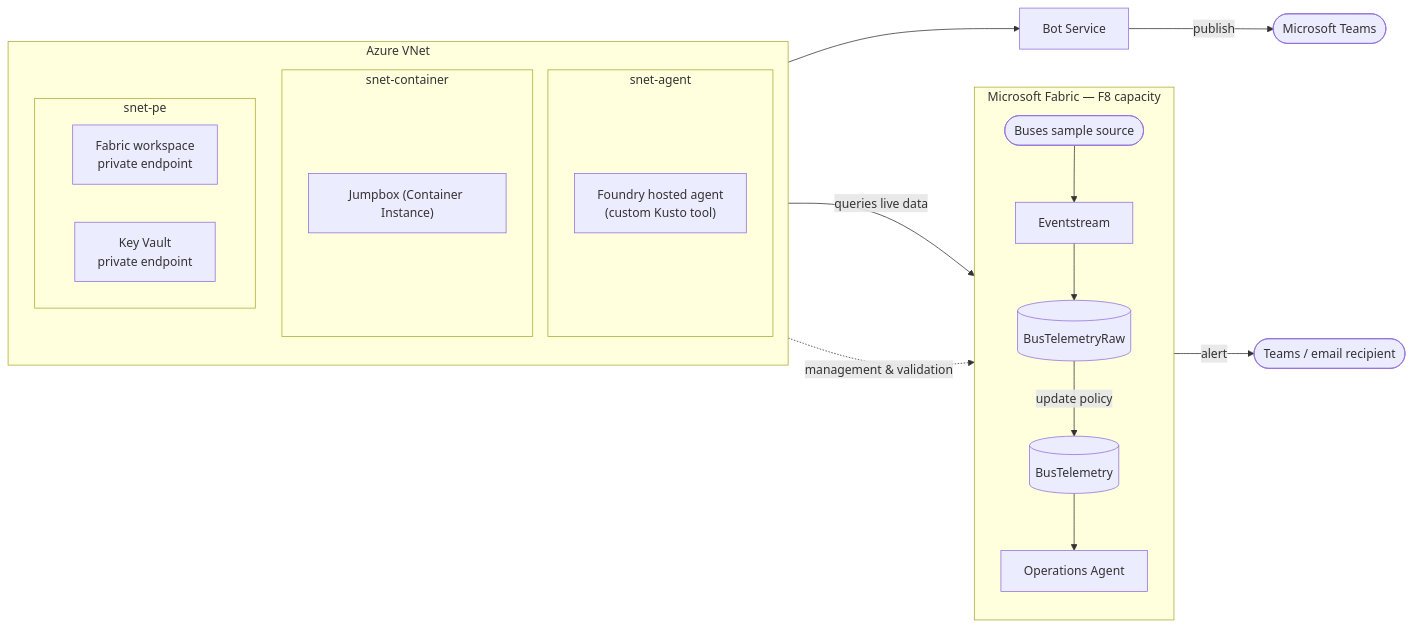
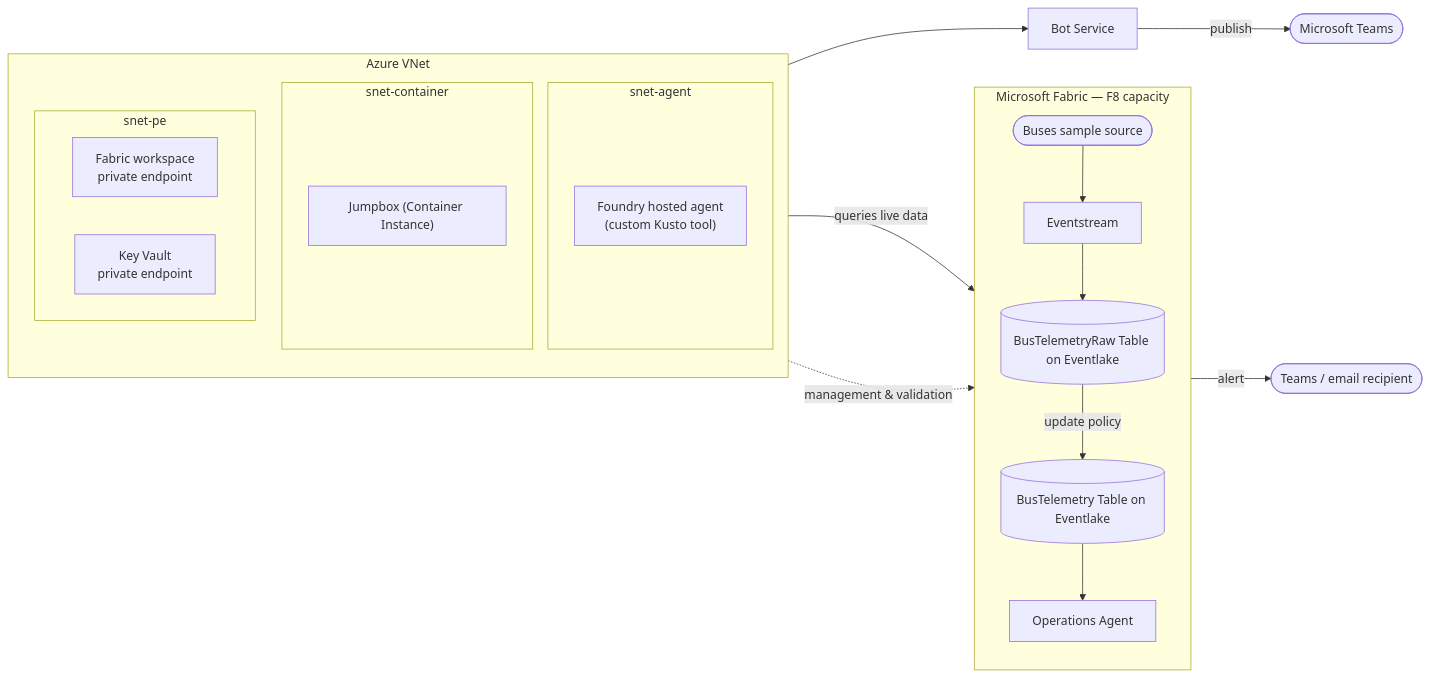
One commit to pranabpaul-tech/fleet-ops-copilot changed the diagram in README.md. Above: the diagram before and after it, drawn with Mermaid.

Commit message:
Clarify architecture diagram: tables live on the Eventlake

````diff
--- a/README.md
+++ b/README.md
@@ -23,30 +23,30 @@
 ```mermaid
 flowchart LR
     subgraph Fabric["Microsoft Fabric — F8 capacity"]
         direction TB
         Buses(["Buses sample source"]) --> ES["Eventstream"]
-        ES --> Raw[("BusTelemetryRaw")]
-        Raw -- "update policy" --> Flat[("BusTelemetry")]
+        ES --> Raw[("BusTelemetryRaw Table on Eventlake")]
+        Raw -- "update policy" --> Flat[("BusTelemetry Table on Eventlake")]
         Flat --> OpsAgent["Operations Agent"]
     end
 
     subgraph VNet["Azure VNet"]
         direction TB
         subgraph AgentSubnet["snet-agent"]
             HostedAgent["Foundry hosted agent<br/>(custom Kusto tool)"]
         end
         subgraph ContainerSubnet["snet-container"]
             Jumpbox["Jumpbox (Container Instance)"]
         end
         subgraph PeSubnet["snet-pe"]
             PE1["Fabric workspace<br/>private endpoint"]
             PE2["Key Vault<br/>private endpoint"]
         end
     end
 
     HostedAgent -- "queries live data" --> Flat
     OpsAgent -- "alert" --> Recipient(["Teams / email recipient"])
     HostedAgent --> Bot["Bot Service"]
     Bot -- "publish" --> Teams(["Microsoft Teams"])
     Jumpbox -. "management &amp; validation" .-> Fabric
 ```
````
